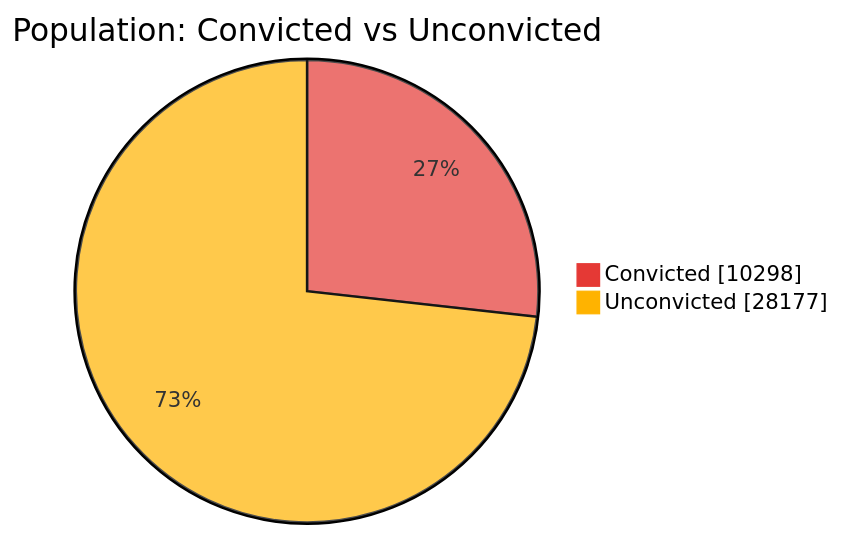
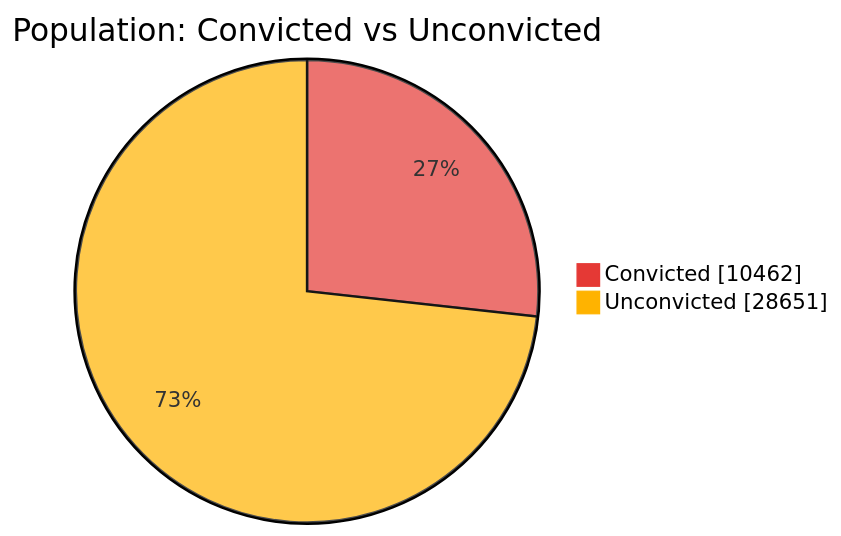
One commit to nuuuwan/lk_prisons changed the first of 7 diagrams in README.md. Above: the diagram before and after it, drawn with Mermaid. The commit also changed other lines of this file and 1 other file, not shown here.

````diff
--- a/README.md
+++ b/README.md
@@ -43,6 +43,6 @@
 ```mermaid
 %%{init: {'themeVariables': {'pie1': '#E53935', 'pie2': '#FFB300'}}}%%
 pie showData title Population: Convicted vs Unconvicted
-    "Convicted" : 10298
-    "Unconvicted" : 28177
+    "Convicted" : 10462
+    "Unconvicted" : 28651
 ```
````
